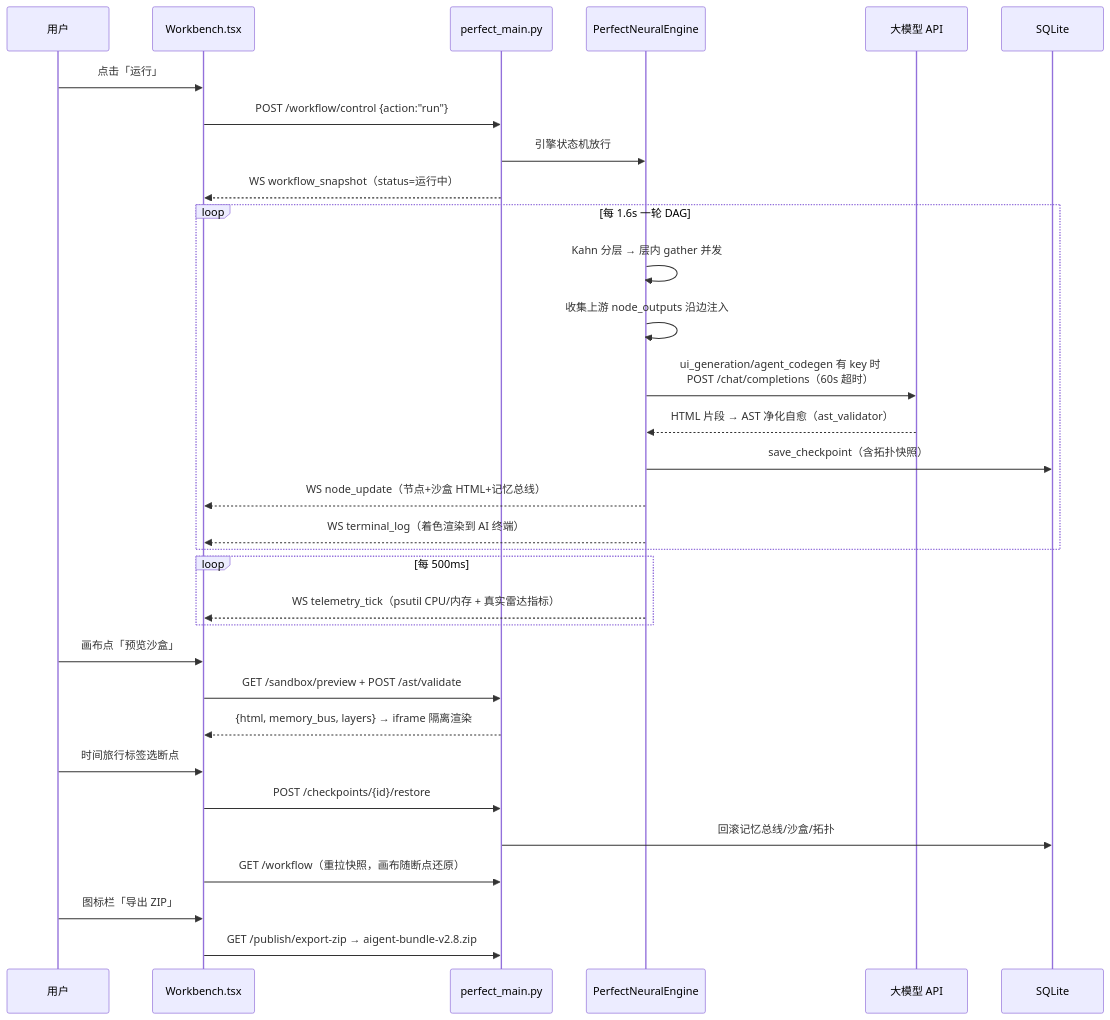
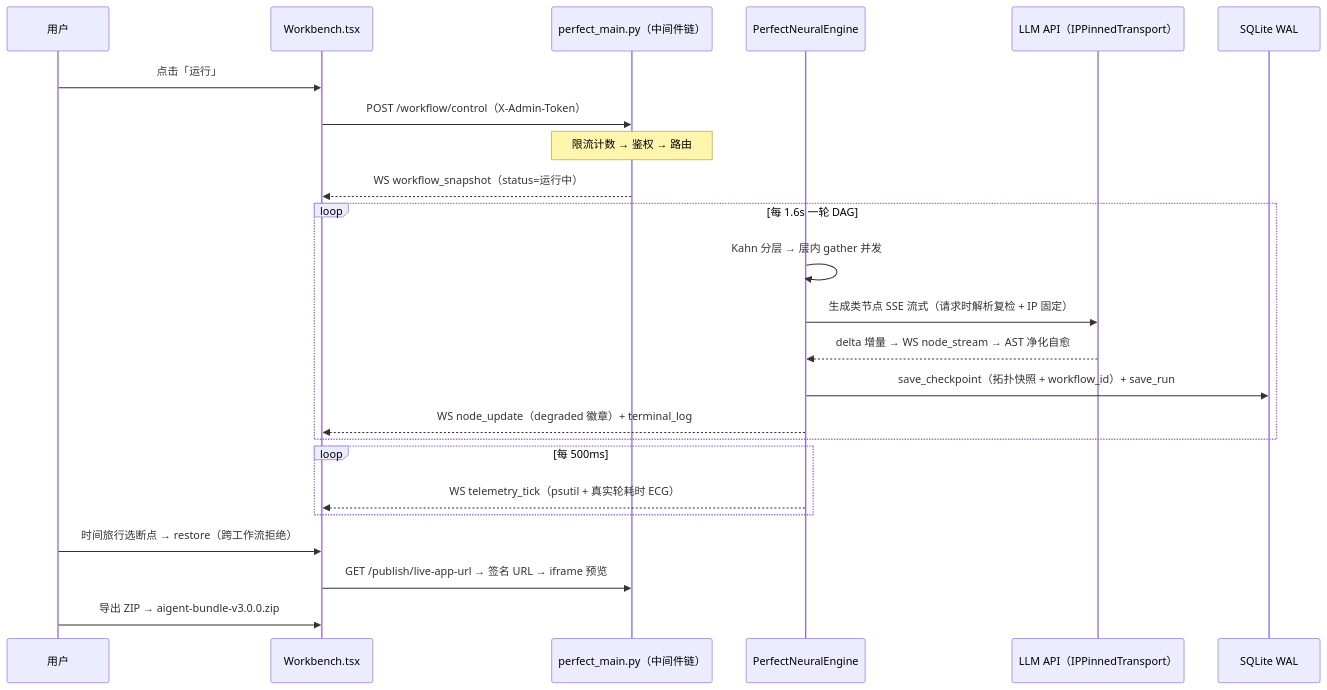
One commit to happy520ai/aigent-workflow-studio changed the fourth of 4 diagrams in 项目源码与架构文档.md. Above: the diagram before and after it, drawn with Mermaid. The commit also changed other lines of this file and 8 other files, not shown here.

````diff
--- a/项目源码与架构文档.md
+++ b/项目源码与架构文档.md
@@ -670,35 +527,27 @@
 ```mermaid
 sequenceDiagram
     participant U as 用户
     participant F as Workbench.tsx
-    participant B as perfect_main.py
+    participant B as perfect_main.py（中间件链）
     participant E as PerfectNeuralEngine
-    participant L as 大模型 API
-    participant DB as SQLite
+    participant L as LLM API（IPPinnedTransport）
+    participant DB as SQLite WAL
 
     U->>F: 点击「运行」
-    F->>B: POST /workflow/control {action:"run"}
-    B->>E: 引擎状态机放行
+    F->>B: POST /workflow/control（X-Admin-Token）
+    Note over B: 限流计数 → 鉴权 → 路由
     B-->>F: WS workflow_snapshot（status=运行中）
     loop 每 1.6s 一轮 DAG
         E->>E: Kahn 分层 → 层内 gather 并发
-        E->>E: 收集上游 node_outputs 沿边注入
-        E->>L: ui_generation/agent_codegen 有 key 时<br/>POST /chat/completions（60s 超时）
-        L-->>E: HTML 片段 → AST 净化自愈（ast_validator）
-        E->>DB: save_checkpoint（含拓扑快照）
-        E-->>F: WS node_update（节点+沙盒 HTML+记忆总线）
-        E-->>F: WS terminal_log（着色渲染到 AI 终端）
+        E->>L: 生成类节点 SSE 流式（请求时解析复检 + IP 固定）
+        L-->>E: delta 增量 → WS node_stream → AST 净化自愈
+        E->>DB: save_checkpoint（拓扑快照 + workflow_id）+ save_run
+        E-->>F: WS node_update（degraded 徽章）+ terminal_log
     end
     loop 每 500ms
-        E-->>F: WS telemetry_tick（psutil CPU/内存 + 真实雷达指标）
+        E-->>F: WS telemetry_tick（psutil + 真实轮耗时 ECG）
     end
-    U->>F: 画布点「预览沙盒」
-    F->>B: GET /sandbox/preview + POST /ast/validate
-    B-->>F: {html, memory_bus, layers} → iframe 隔离渲染
-    U->>F: 时间旅行标签选断点
-    F->>B: POST /checkpoints/{id}/restore
-    B->>DB: 回滚记忆总线/沙盒/拓扑
-    F->>B: GET /workflow（重拉快照，画布随断点还原）
-    U->>F: 图标栏「导出 ZIP」
-    F->>B: GET /publish/export-zip → aigent-bundle-v2.8.zip
+    U->>F: 时间旅行选断点 → restore（跨工作流拒绝）
+    F->>B: GET /publish/live-app-url → 签名 URL → iframe 预览
+    U->>F: 导出 ZIP → aigent-bundle-v3.0.0.zip
 ```
````
